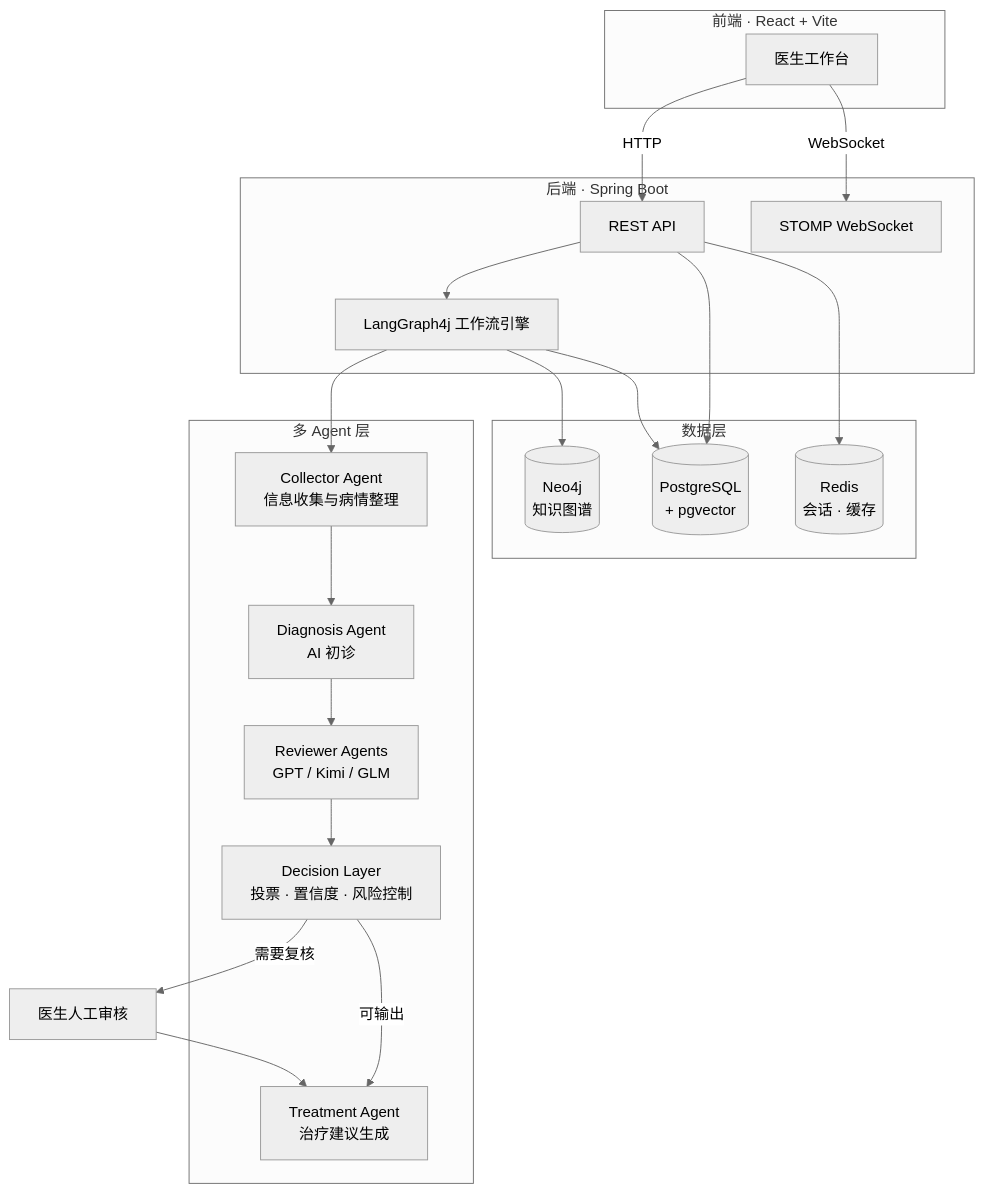
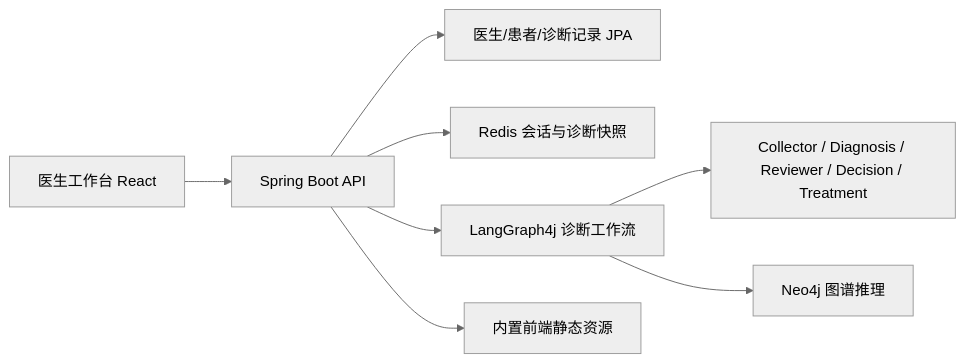
The diagram in README.md (LoftyTao0622/MedConsensus), drawn with Mermaid (neutral theme) before and after one commit. The commit also changed other lines of this file and 25 other files, not shown here.

````diff
--- a/README.md
+++ b/README.md
@@ -40,39 +49,10 @@
 ```mermaid
-flowchart TD
-    subgraph Frontend["前端 · React + Vite"]
-        UI["医生工作台"]
-    end
-
-    subgraph Backend["后端 · Spring Boot"]
-        API["REST API"]
-        WS["STOMP WebSocket"]
-        WF["LangGraph4j 工作流引擎"]
-    end
-
-    subgraph Agents["多 Agent 层"]
-        C["Collector Agent<br/>信息收集与病情整理"]
-        D["Diagnosis Agent<br/>AI 初诊"]
-        R["Reviewer Agents<br/>GPT / Kimi / GLM"]
-        DL["Decision Layer<br/>投票 · 置信度 · 风险控制"]
-        T["Treatment Agent<br/>治疗建议生成"]
-    end
-
-    subgraph Storage["数据层"]
-        PG[("PostgreSQL<br/>+ pgvector")]
-        REDIS[("Redis<br/>会话 · 缓存")]
-        NEO[("Neo4j<br/>知识图谱")]
-    end
-
-    UI -->|HTTP| API
-    UI -->|WebSocket| WS
-    API --> WF
-    WF --> C --> D
-    D --> R --> DL
-    DL -->|需要复核| H["医生人工审核"]
-    DL -->|可输出| T
-    H --> T
-    API --> PG
-    API --> REDIS
-    WF --> NEO
-    WF --> PG
+flowchart LR
+  Doctor["医生工作台 React"] --> API["Spring Boot API"]
+  API --> Auth["医生/患者/诊断记录 JPA"]
+  API --> Redis["Redis 会话与诊断快照"]
+  API --> Workflow["LangGraph4j 诊断工作流"]
+  Workflow --> Agents["Collector / Diagnosis / Reviewer / Decision / Treatment"]
+  Workflow --> Neo4j["Neo4j 图谱推理"]
+  API --> Static["内置前端静态资源"]
 ```
````
